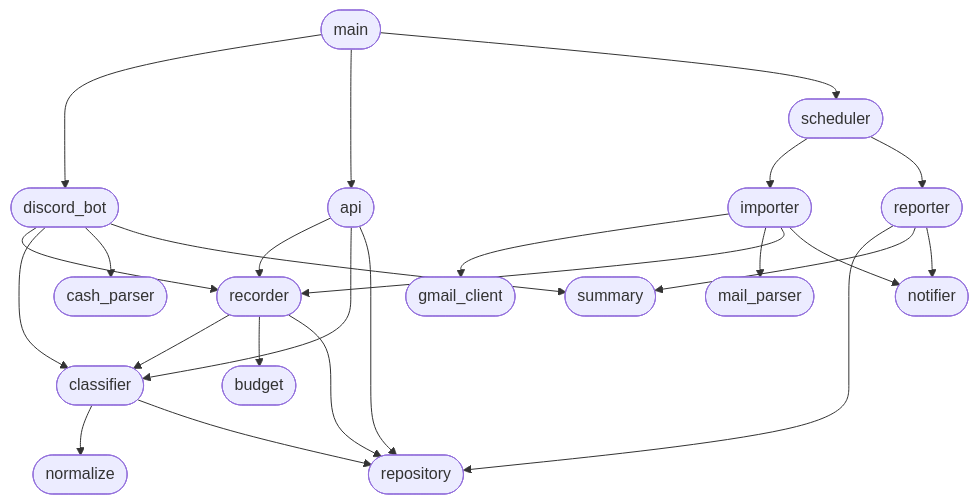
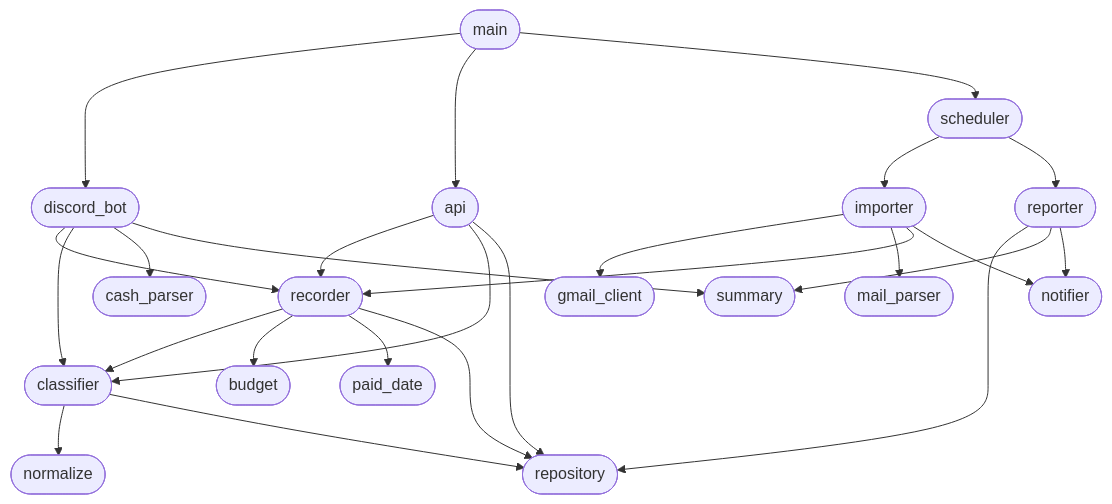
Before and after one commit to Yokochi513/Tsukena: the fourth of 4 diagrams in docs/design.md, drawn with Mermaid. The commit also changed other lines of this file and 4 other files, not shown here.

````diff
--- a/docs/design.md
+++ b/docs/design.md
@@ -181,30 +190,31 @@
 ```mermaid
 flowchart TD
     MAIN(["main"]) --> BOT(["discord_bot"])
     MAIN --> API(["api"])
     MAIN --> SCH(["scheduler"])
 
     BOT --> REC(["recorder"])
     BOT --> CLS(["classifier"])
     BOT --> CP(["cash_parser"])
     BOT --> SUM(["summary"])
     API --> REC
     API --> CLS
     API --> REPO(["repository"])
     SCH --> IMP(["importer"])
     SCH --> RPT(["reporter"])
 
     IMP --> GC(["gmail_client"])
     IMP --> MP(["mail_parser"])
     IMP --> REC
     IMP --> NTF(["notifier"])
     RPT --> REPO
     RPT --> SUM
     RPT --> NTF
 
     REC --> CLS
     REC --> BUD(["budget"])
+    REC --> PD(["paid_date"])
     REC --> REPO
     CLS --> NRM(["normalize"])
     CLS --> REPO
 ```
````
